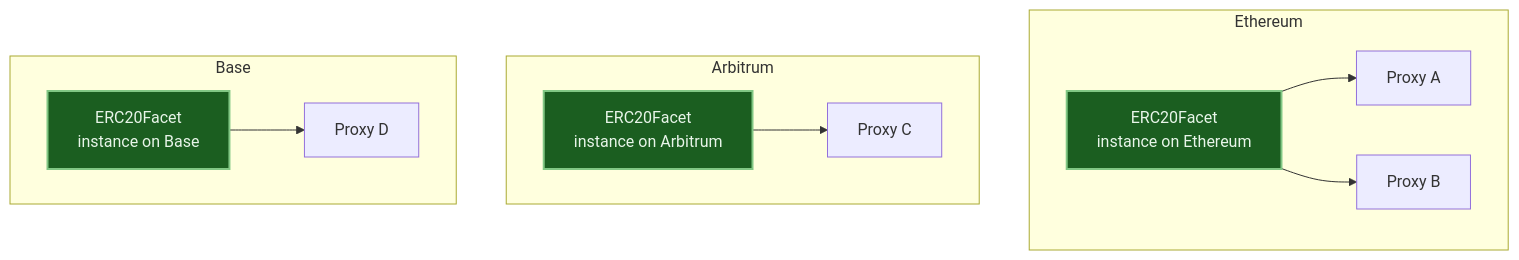
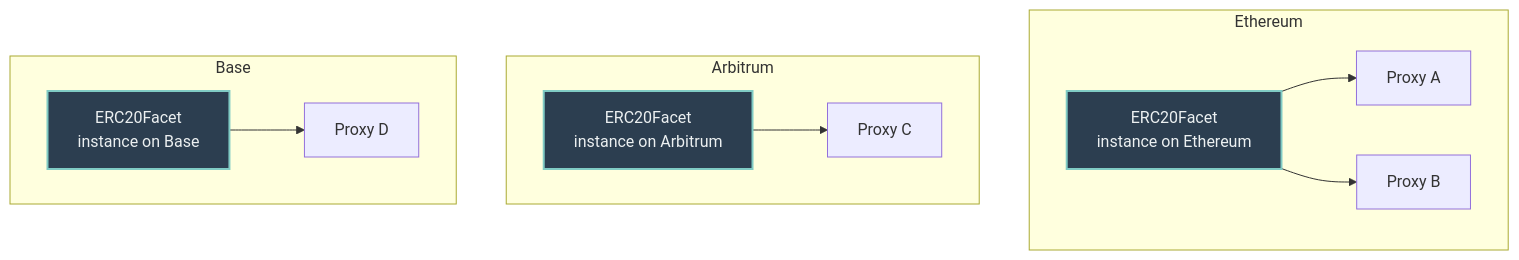
One commit to cyotee/crane changed the diagram in docs/README.md. Above: the diagram before and after it, drawn with Mermaid. The commit also changed 5 other files, not shown here.

First line of the commit message:
docs: dark-theme Mermaid colors (readable facet labels)

````diff
--- a/docs/README.md
+++ b/docs/README.md
@@ -21,24 +21,25 @@
 ```mermaid
 flowchart TB
     subgraph Eth["Ethereum"]
         F1["ERC20Facet<br/>instance on Ethereum"]:::facet
         P1["Proxy A"]
         P2["Proxy B"]
         F1 --> P1
         F1 --> P2
     end
 
     subgraph Arb["Arbitrum"]
         F2["ERC20Facet<br/>instance on Arbitrum"]:::facet
         P3["Proxy C"]
         F2 --> P3
     end
 
     subgraph Base["Base"]
         F3["ERC20Facet<br/>instance on Base"]:::facet
         P4["Proxy D"]
         F3 --> P4
     end
 
-    classDef facet fill:#1b5e20,stroke:#81c784,color:#e8f5e9,stroke-width:2px
+    %% Dark-theme safe: deep slate fill + light text (never bright green + white)
+    classDef facet fill:#2c3e50,stroke:#80cbc4,color:#ecf0f1,stroke-width:2px
 ```
````
